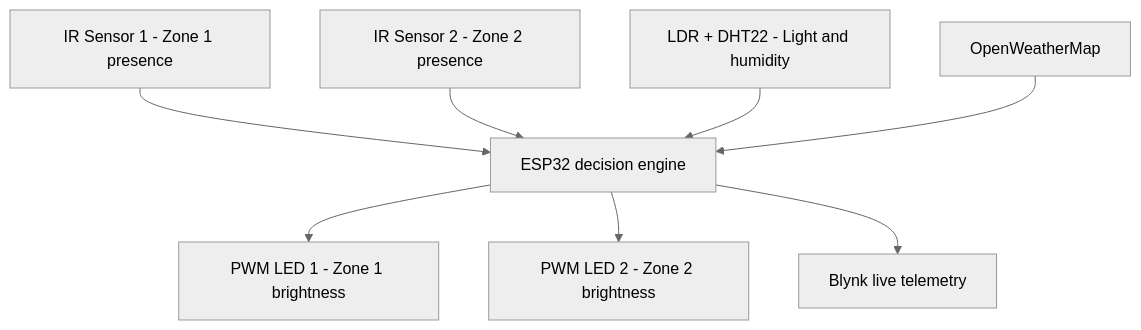
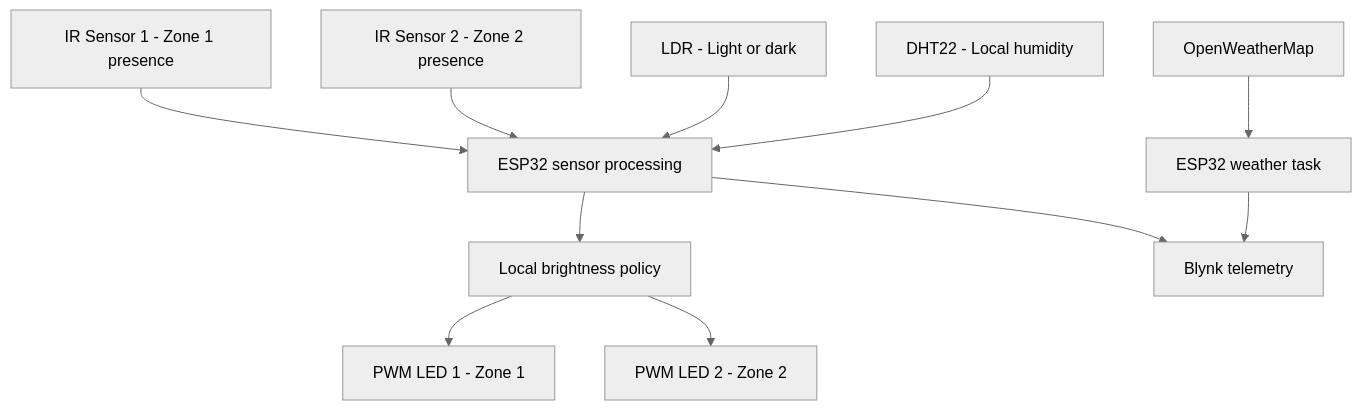
Before and after one commit to Agnibha-31/IoT-based-Smart-Adaptive-Street-Lighting-System: the first of 2 diagrams in README.md, drawn with Mermaid (neutral theme). The commit also changed other lines of this file, not shown here.

````diff
--- a/README.md
+++ b/README.md
@@ -62,10 +68,13 @@
 ```mermaid
 flowchart TD
-    A["IR Sensor 1 - Zone 1 presence"] --> D["ESP32 decision engine"]
+    A["IR Sensor 1 - Zone 1 presence"] --> D["ESP32 sensor processing"]
     B["IR Sensor 2 - Zone 2 presence"] --> D
-    C["LDR + DHT22 - Light and humidity"] --> D
-    D --> E["PWM LED 1 - Zone 1 brightness"]
-    D --> F["PWM LED 2 - Zone 2 brightness"]
-    D --> G["Blynk live telemetry"]
-    H["OpenWeatherMap"] --> D
+    C["LDR - Light or dark"] --> D
+    E["DHT22 - Local humidity"] --> D
+    D --> J["Local brightness policy"]
+    J --> F["PWM LED 1 - Zone 1"]
+    J --> G["PWM LED 2 - Zone 2"]
+    D --> H["Blynk telemetry"]
+    I["OpenWeatherMap"] --> K["ESP32 weather task"]
+    K --> H
 ```
````
